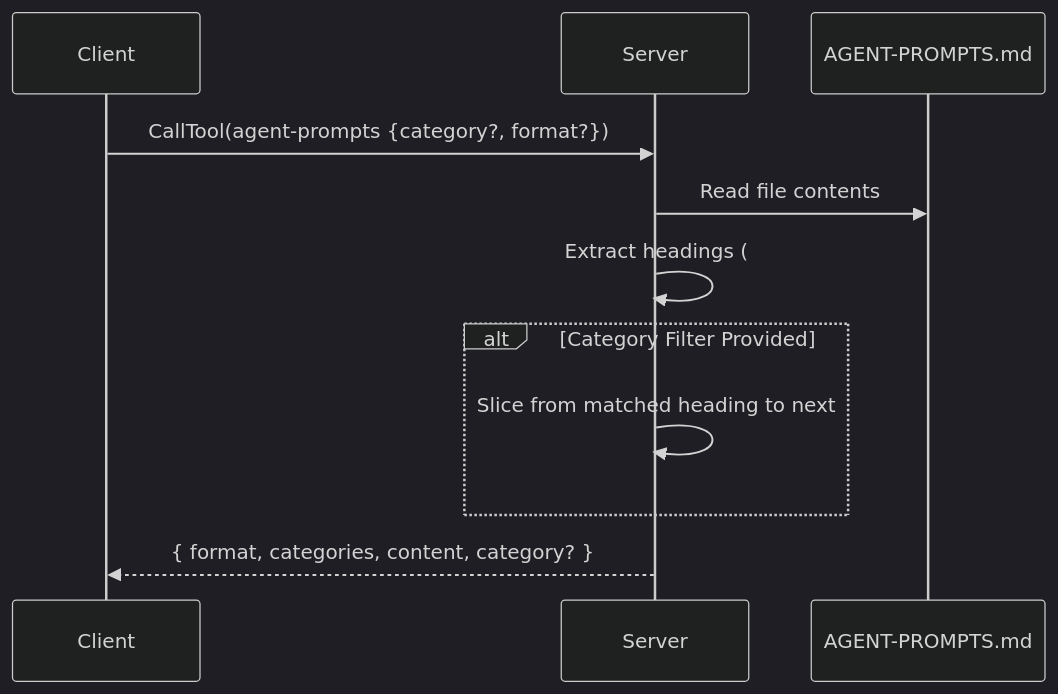
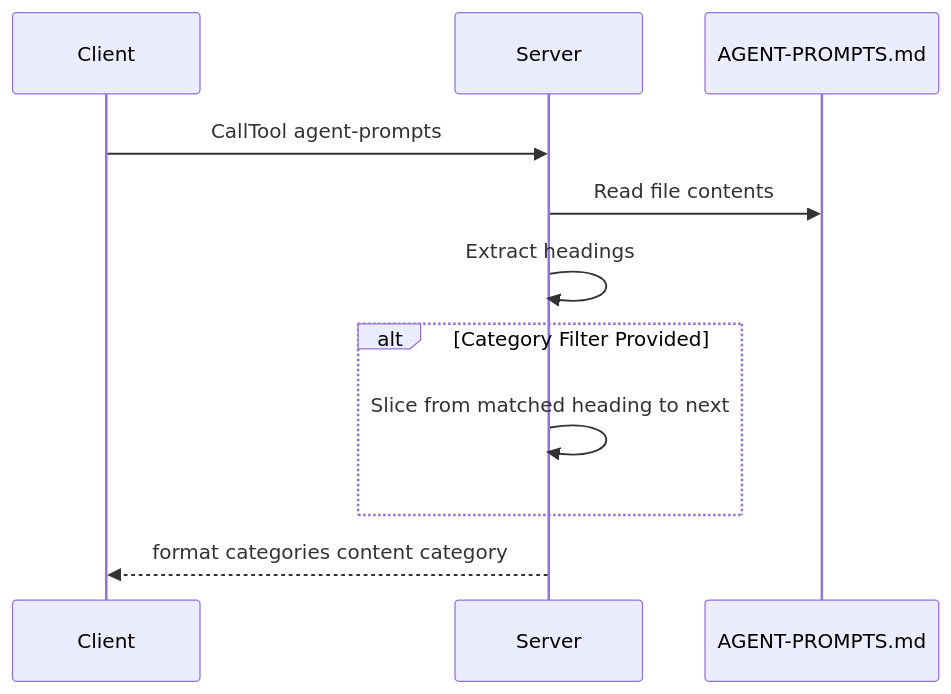
The eighth of 11 diagrams in docs/ARCHITECTURE.md (jagilber-org/powershell-mcp-server), drawn with Mermaid before and after one commit. The commit also changed other lines of this file and 52 other files, not shown here.

````diff
--- a/docs/ARCHITECTURE.md
+++ b/docs/ARCHITECTURE.md
@@ -279,15 +257,14 @@
 ```mermaid
-%%{init: {'theme':'dark','themeVariables': { 'primaryColor': '#1e2730','primaryTextColor':'#e6f1ff','primaryBorderColor':'#4fa3ff','lineColor':'#6ea8ff','secondaryColor':'#2a3542','tertiaryColor':'#16202a'}}}%%
 sequenceDiagram
     participant Client
     participant Server
     participant File as AGENT-PROMPTS.md
 
-    Client->>Server: CallTool(agent-prompts {category?, format?})
+    Client->>Server: CallTool agent-prompts
     Server->>File: Read file contents
-    Server->>Server: Extract headings (## ...)
+    Server->>Server: Extract headings
     alt Category Filter Provided
         Server->>Server: Slice from matched heading to next
     end
-    Server-->>Client: { format, categories, content, category? }
+    Server-->>Client: format categories content category
 ```
````
